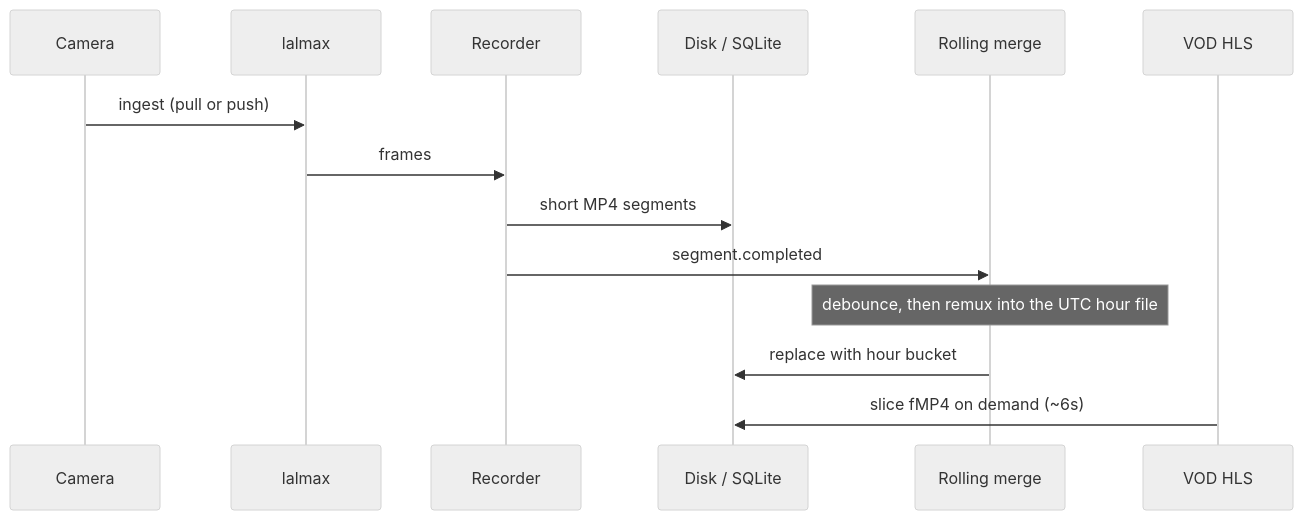
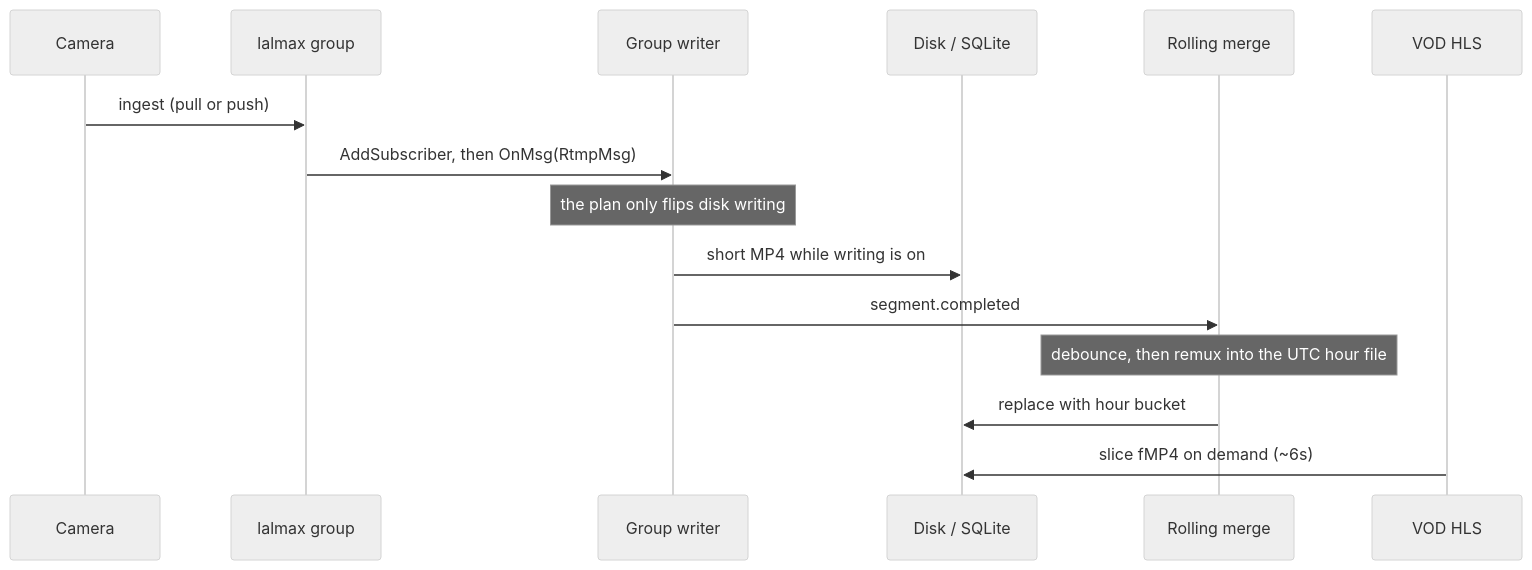
The fifth of 7 diagrams in docs/en/architecture.md (lalmax-pro/lalmax-nvr), drawn with Mermaid (neutral theme) before and after one commit. The commit also changed other lines of this file and 3 other files, not shown here.

First line of the commit message:
docs: align README and architecture with the group writer

````diff
--- a/docs/en/architecture.md
+++ b/docs/en/architecture.md
@@ -148,17 +148,18 @@
 ```mermaid
 sequenceDiagram
   participant Cam as Camera
-  participant Lal as lalmax
-  participant Rec as Recorder
+  participant Group as lalmax group
+  participant Rec as Group writer
   participant Disk as Disk / SQLite
   participant Roll as Rolling merge
   participant VOD as VOD HLS
 
-  Cam->>Lal: ingest (pull or push)
-  Lal->>Rec: frames
-  Rec->>Disk: short MP4 segments
+  Cam->>Group: ingest (pull or push)
+  Group->>Rec: AddSubscriber, then OnMsg(RtmpMsg)
+  Note over Rec: the plan only flips disk writing
+  Rec->>Disk: short MP4 while writing is on
   Rec->>Roll: segment.completed
   Note over Roll: debounce, then remux into the UTC hour file
   Roll->>Disk: replace with hour bucket
   VOD->>Disk: slice fMP4 on demand (~6s)
 ```
````
